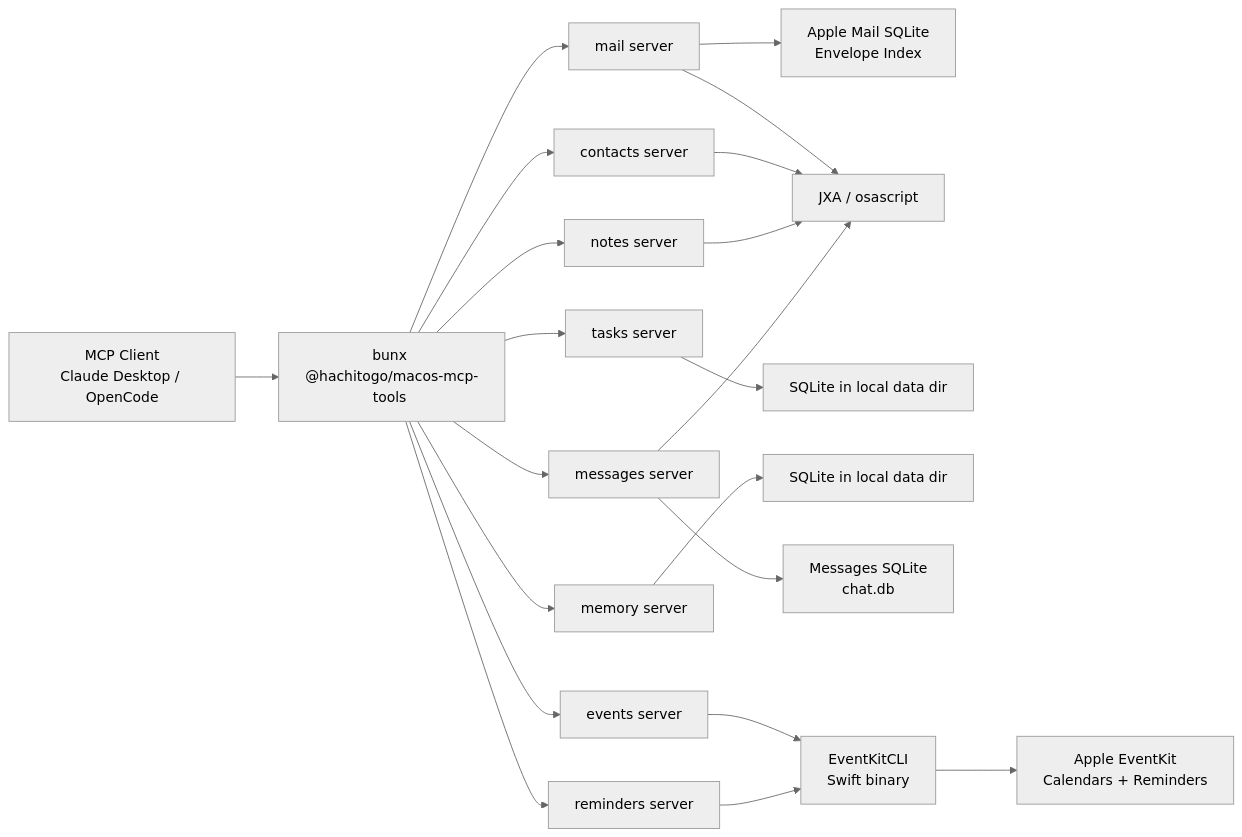
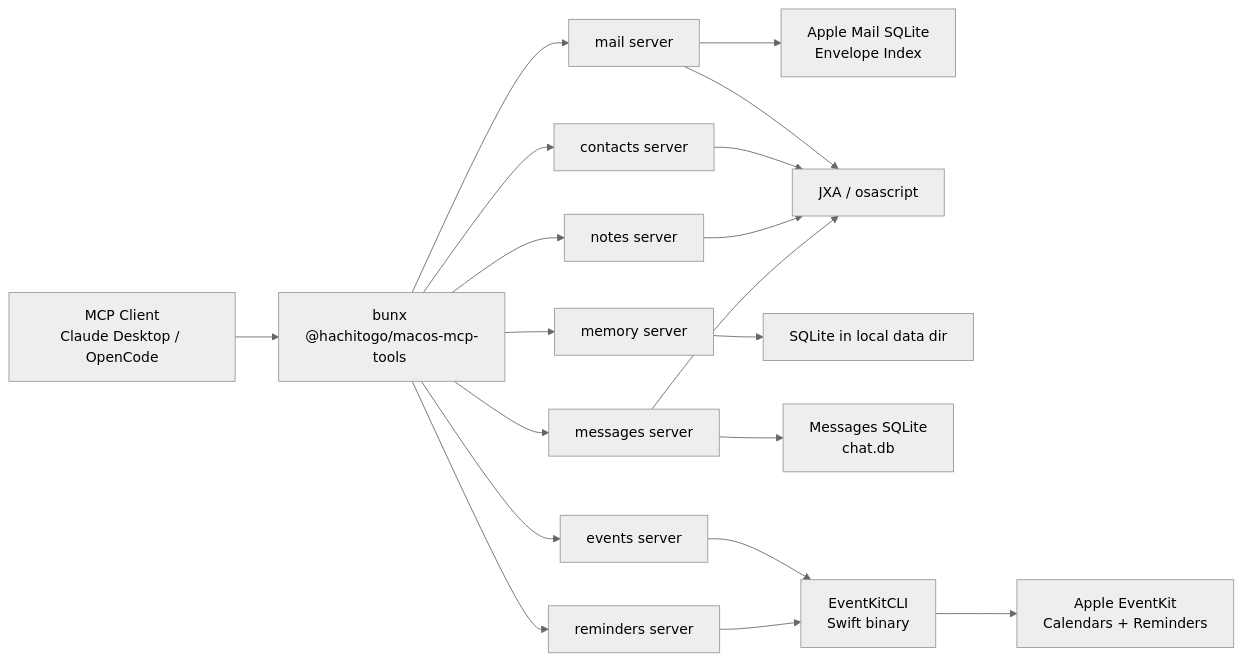
One commit to HachiTogo/macos-mcp-tools changed the diagram in README.md. Above: the diagram before and after it, drawn with Mermaid (neutral theme). The commit also changed other lines of this file and 5 other files, not shown here.

First line of the commit message:
feat: remove tasks server (#5)

````diff
--- a/README.md
+++ b/README.md
@@ -20,24 +19,22 @@
 ```mermaid
 flowchart LR
   Client["MCP Client\nClaude Desktop / OpenCode"] --> CLI["bunx @hachitogo/macos-mcp-tools <subcommand>"]
   CLI --> Mail["mail server"]
   CLI --> Contacts["contacts server"]
   CLI --> Notes["notes server"]
-  CLI --> Tasks["tasks server"]
   CLI --> Memory["memory server"]
   CLI --> Messages["messages server"]
   CLI --> Events["events server"]
   CLI --> Reminders["reminders server"]
 
   Mail --> MailDB["Apple Mail SQLite\nEnvelope Index"]
   Mail --> JXA["JXA / osascript"]
   Contacts --> JXA
   Notes --> JXA
-  Tasks --> TasksDB["SQLite in local data dir"]
   Memory --> MemoryDB["SQLite in local data dir"]
   Messages --> MsgDB["Messages SQLite\nchat.db"]
   Messages --> JXA
   Events --> EventKitCLI["EventKitCLI\nSwift binary"]
   Reminders --> EventKitCLI
   EventKitCLI --> EventKit["Apple EventKit\nCalendars + Reminders"]
 ```
````
